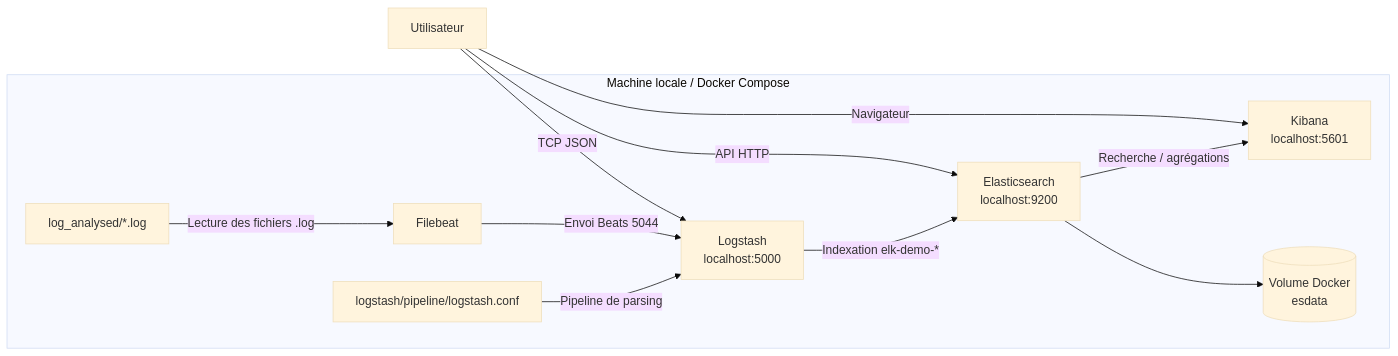
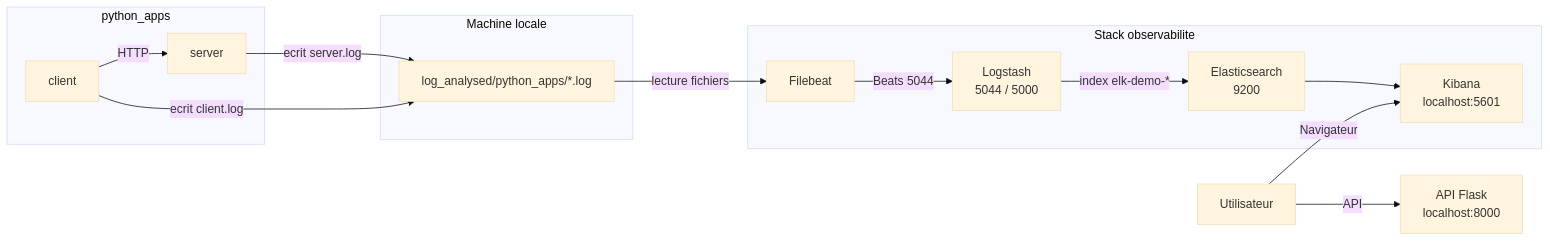
Before and after one commit to RobinThiriet/ELK: the diagram in README.md, drawn with Mermaid (base theme). The commit also changed other lines of this file and 1 other file, not shown here.

````diff
--- a/README.md
+++ b/README.md
@@ -43,20 +18,29 @@
 ```mermaid
 flowchart LR
-    U[Utilisateur] -->|Navigateur| K[Kibana<br/>localhost:5601]
-    U -->|API HTTP| E[Elasticsearch<br/>localhost:9200]
-    U -->|TCP JSON| L[Logstash<br/>localhost:5000]
+    U[Utilisateur] -->|API| API[API Flask<br/>localhost:8000]
+    U -->|Navigateur| K[Kibana<br/>localhost:5601]
 
-    subgraph HOST[Machine locale / Docker Compose]
-        LF[log_analysed/*.log]
+    subgraph PY[python_apps]
+        S[server]
+        C[client]
+    end
+
+    subgraph HOST[Machine locale]
+        LOGS[log_analysed/python_apps/*.log]
+    end
+
+    subgraph ELK[Stack observabilite]
         FB[Filebeat]
-        LP[logstash/pipeline/logstash.conf]
-        ED[(Volume Docker<br/>esdata)]
+        L[Logstash<br/>5044 / 5000]
+        E[Elasticsearch<br/>9200]
+        K
+    end
 
-        LF -->|Lecture des fichiers .log| FB
-        FB -->|Envoi Beats 5044| L
-        LP -->|Pipeline de parsing| L
-        L -->|Indexation elk-demo-*| E
-        E -->|Recherche / agrégations| K
-        E --> ED
-    end
+    C -->|HTTP| S
+    S -->|ecrit server.log| LOGS
+    C -->|ecrit client.log| LOGS
+    LOGS -->|lecture fichiers| FB
+    FB -->|Beats 5044| L
+    L -->|index elk-demo-*| E
+    E --> K
 ```
````
